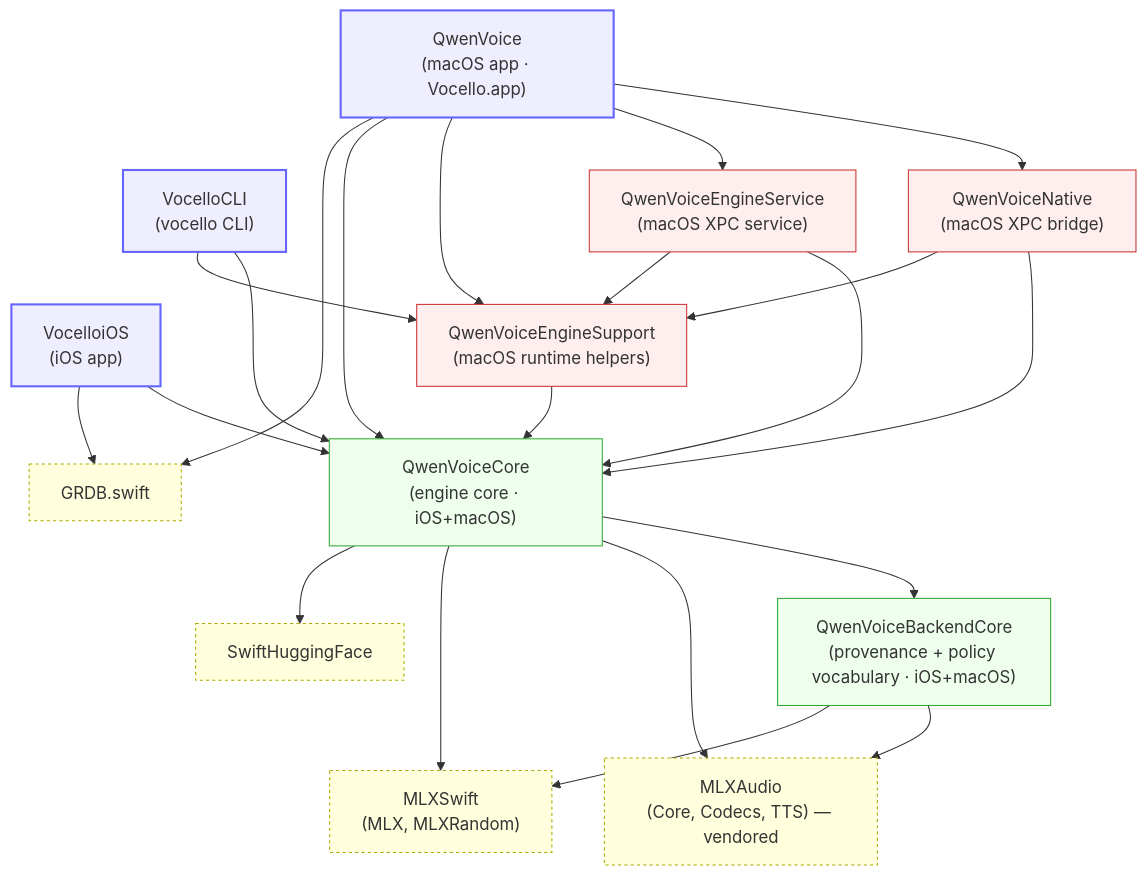
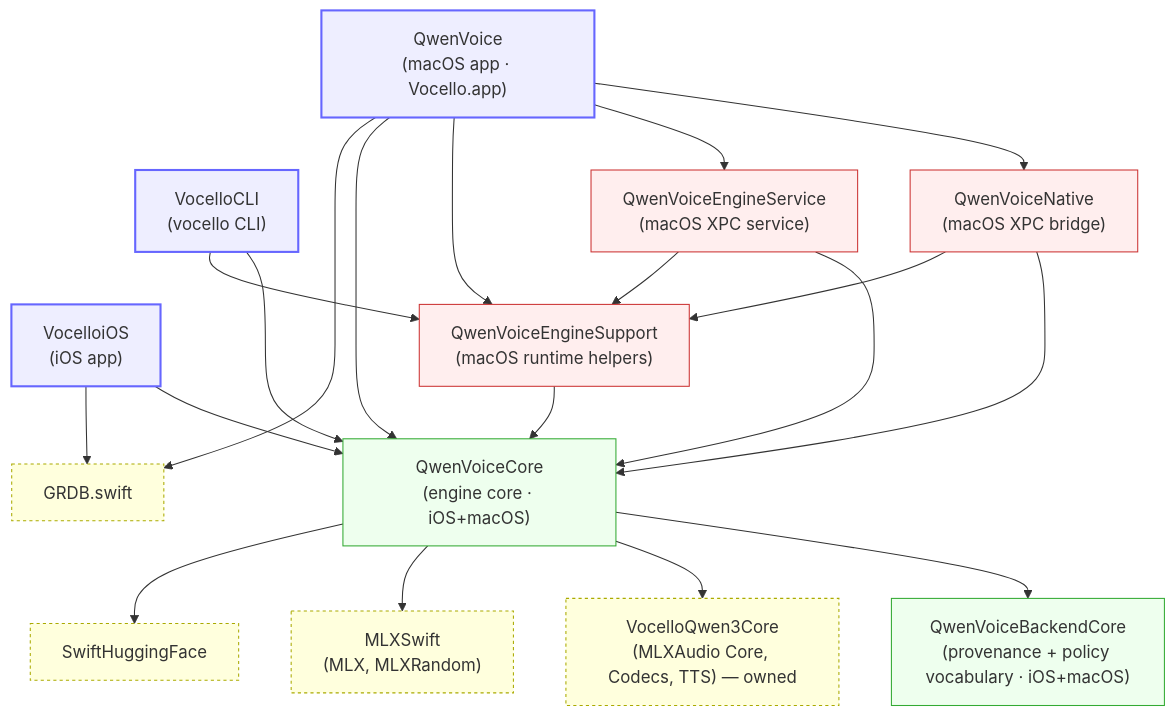
One commit to PowerBeef/QwenVoice changed the first of 5 diagrams in docs/ARCHITECTURE.md. Above: the diagram before and after it, drawn with Mermaid. The commit also changed other lines of this file and 297 other files, not shown here.

````diff
--- a/docs/ARCHITECTURE.md
+++ b/docs/ARCHITECTURE.md
@@ -44,47 +44,45 @@
 ```mermaid
 graph TD
     classDef app fill:#eef,stroke:#66f,stroke-width:2px;
     classDef fw fill:#efe,stroke:#3a3;
     classDef macfw fill:#fee,stroke:#c33;
     classDef spm fill:#ffd,stroke:#aa0,stroke-dasharray:3 3;
 
     QwenVoice["QwenVoice<br/>(macOS app · Vocello.app)"]:::app
     VocelloiOS["VocelloiOS<br/>(iOS app)"]:::app
     VocelloCLI["VocelloCLI<br/>(vocello CLI)"]:::app
 
     QwenVoiceNative["QwenVoiceNative<br/>(macOS XPC bridge)"]:::macfw
     QwenVoiceEngineService["QwenVoiceEngineService<br/>(macOS XPC service)"]:::macfw
     QwenVoiceEngineSupport["QwenVoiceEngineSupport<br/>(macOS runtime helpers)"]:::macfw
     QwenVoiceCore["QwenVoiceCore<br/>(engine core · iOS+macOS)"]:::fw
     QwenVoiceBackendCore["QwenVoiceBackendCore<br/>(provenance + policy vocabulary · iOS+macOS)"]:::fw
 
     GRDB["GRDB.swift"]:::spm
-    MLXAudio["MLXAudio<br/>(Core, Codecs, TTS) — vendored"]:::spm
+    MLXAudio["VocelloQwen3Core<br/>(MLXAudio Core, Codecs, TTS) — owned"]:::spm
     MLXSwift["MLXSwift<br/>(MLX, MLXRandom)"]:::spm
     SwiftHuggingFace["SwiftHuggingFace"]:::spm
 
     QwenVoice --> QwenVoiceNative
     QwenVoice --> QwenVoiceEngineService
     QwenVoice --> QwenVoiceEngineSupport
     QwenVoice --> QwenVoiceCore
     QwenVoice --> GRDB
 
     VocelloiOS --> QwenVoiceCore
     VocelloiOS --> GRDB
 
     VocelloCLI --> QwenVoiceCore
     VocelloCLI --> QwenVoiceEngineSupport
 
     QwenVoiceNative --> QwenVoiceCore
     QwenVoiceNative --> QwenVoiceEngineSupport
     QwenVoiceEngineService --> QwenVoiceCore
     QwenVoiceEngineService --> QwenVoiceEngineSupport
     QwenVoiceEngineSupport --> QwenVoiceCore
     QwenVoiceCore --> QwenVoiceBackendCore
 
-    QwenVoiceBackendCore --> MLXAudio
-    QwenVoiceBackendCore --> MLXSwift
     QwenVoiceCore --> MLXAudio
     QwenVoiceCore --> MLXSwift
     QwenVoiceCore --> SwiftHuggingFace
 ```
````
